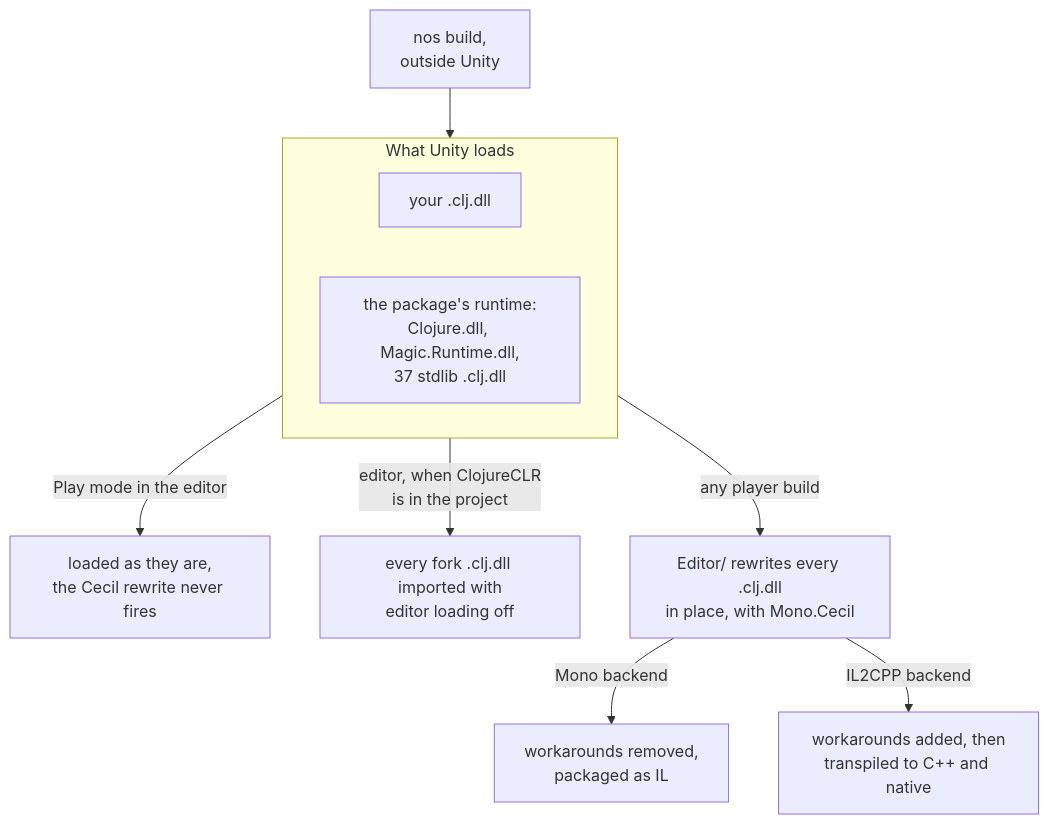
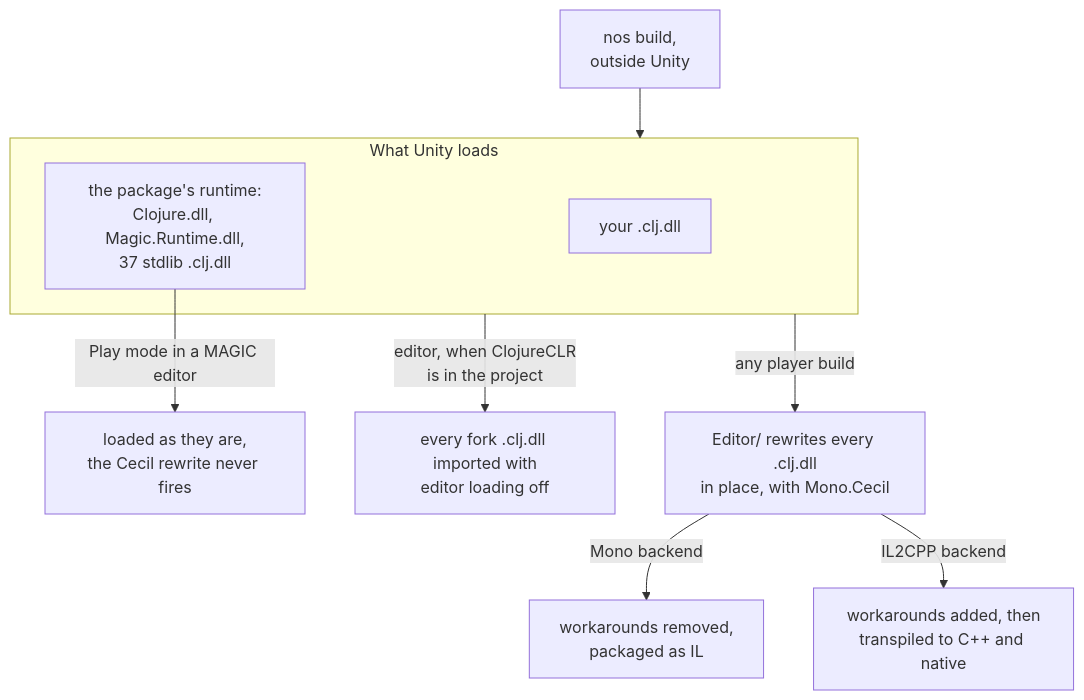
One commit to flybot-sg/magic changed the fifth of 5 diagrams in docs/architecture.md. Above: the diagram before and after it, drawn with Mermaid. The commit also changed other lines of this file and 7 other files, not shown here.

````diff
--- a/docs/architecture.md
+++ b/docs/architecture.md
@@ -218,15 +218,15 @@
 ```mermaid
 flowchart TD
     nos["nos build,<br/>outside Unity"] --> asm
 
     subgraph asm["What Unity loads"]
         yours["your .clj.dll"]
         pkg["the package's runtime:<br/>Clojure.dll, Magic.Runtime.dll,<br/>37 stdlib .clj.dll"]
     end
 
-    asm -->|"Play mode in the editor"| play["loaded as they are,<br/>the Cecil rewrite never fires"]
+    pkg -->|"Play mode in a MAGIC editor"| play["loaded as they are,<br/>the Cecil rewrite never fires"]
     asm -->|"editor, when ClojureCLR<br/>is in the project"| coex["every fork .clj.dll imported with<br/>editor loading off"]
     asm -->|"any player build"| pre["Editor/ rewrites every .clj.dll<br/>in place, with Mono.Cecil"]
     pre -->|"Mono backend"| mono["workarounds removed,<br/>packaged as IL"]
     pre -->|"IL2CPP backend"| cpp["workarounds added, then<br/>transpiled to C++ and native"]
 ```
````
